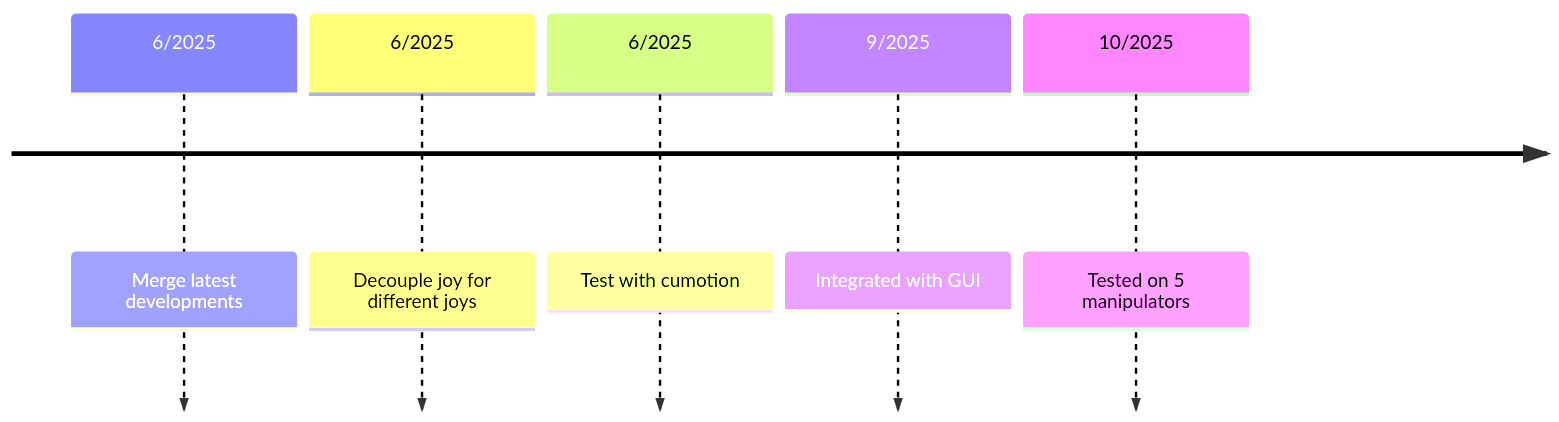
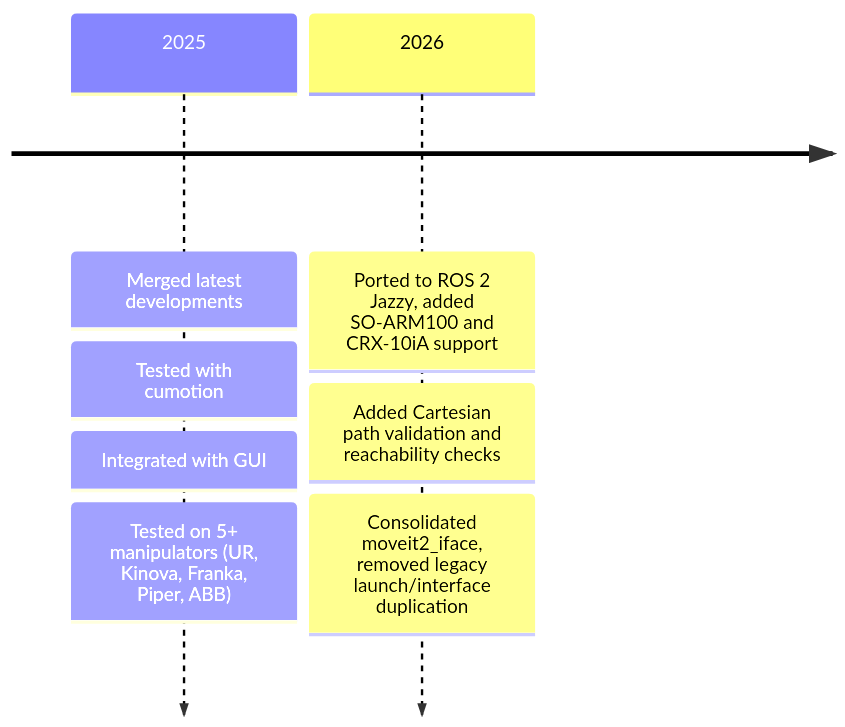
One commit to CroboticSolutions/arm_api2 changed the diagram in README.md. Above: the diagram before and after it, drawn with Mermaid. The commit also changed other lines of this file and 14 other files, not shown here.

````diff
--- a/README.md
+++ b/README.md
@@ -516,8 +597,10 @@
 ```mermaid
 timeline
-    6/2025 : Merge latest developments
-    6/2025 : Decouple joy for different joys
-    6/2025 : Test with cumotion
-    9/2025 : Integrated with GUI
-    10/2025 : Tested on 5 manipulators
+    2025 : Merged latest developments
+         : Tested with cumotion
+         : Integrated with GUI
+         : Tested on 5+ manipulators (UR, Kinova, Franka, Piper, ABB)
+    2026 : Ported to ROS 2 Jazzy, added SO-ARM100 and CRX-10iA support
+         : Added Cartesian path validation and reachability checks
+         : Consolidated moveit2_iface, removed legacy launch/interface duplication
 ```
````
